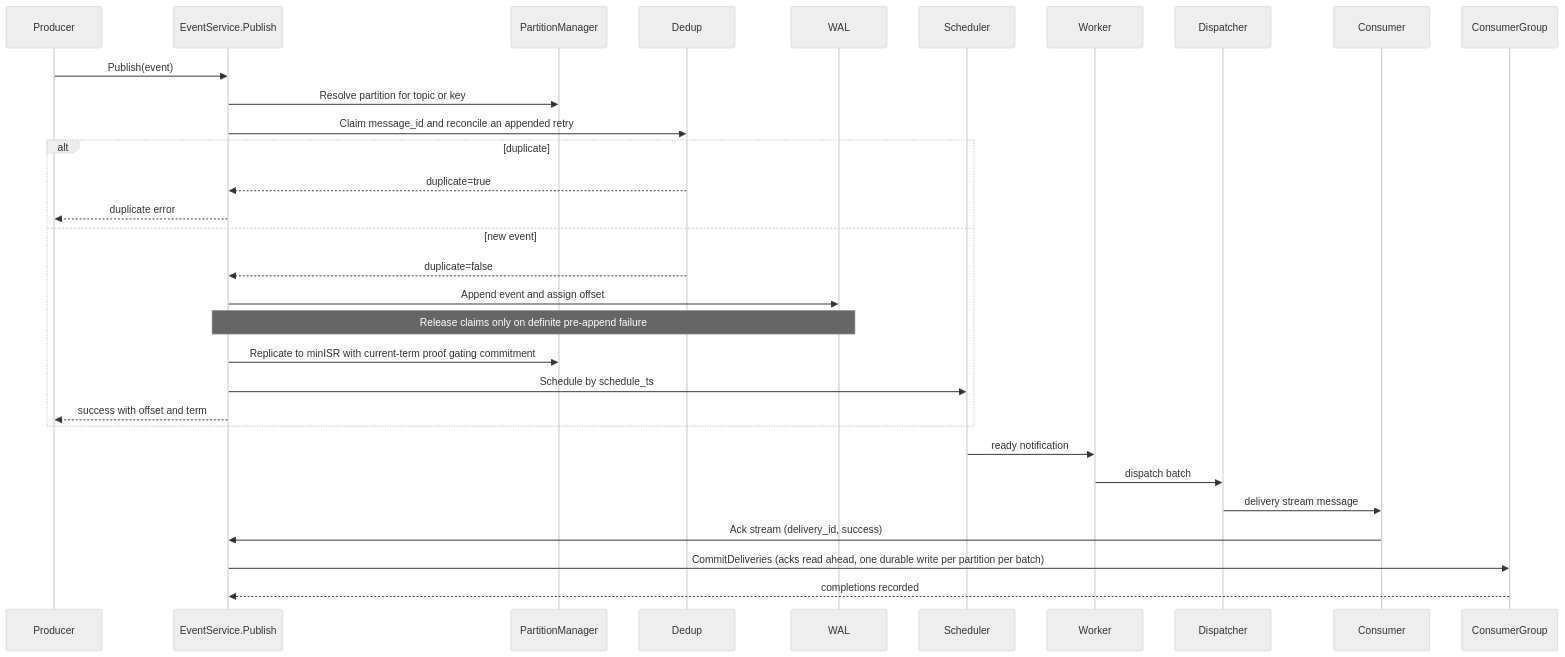
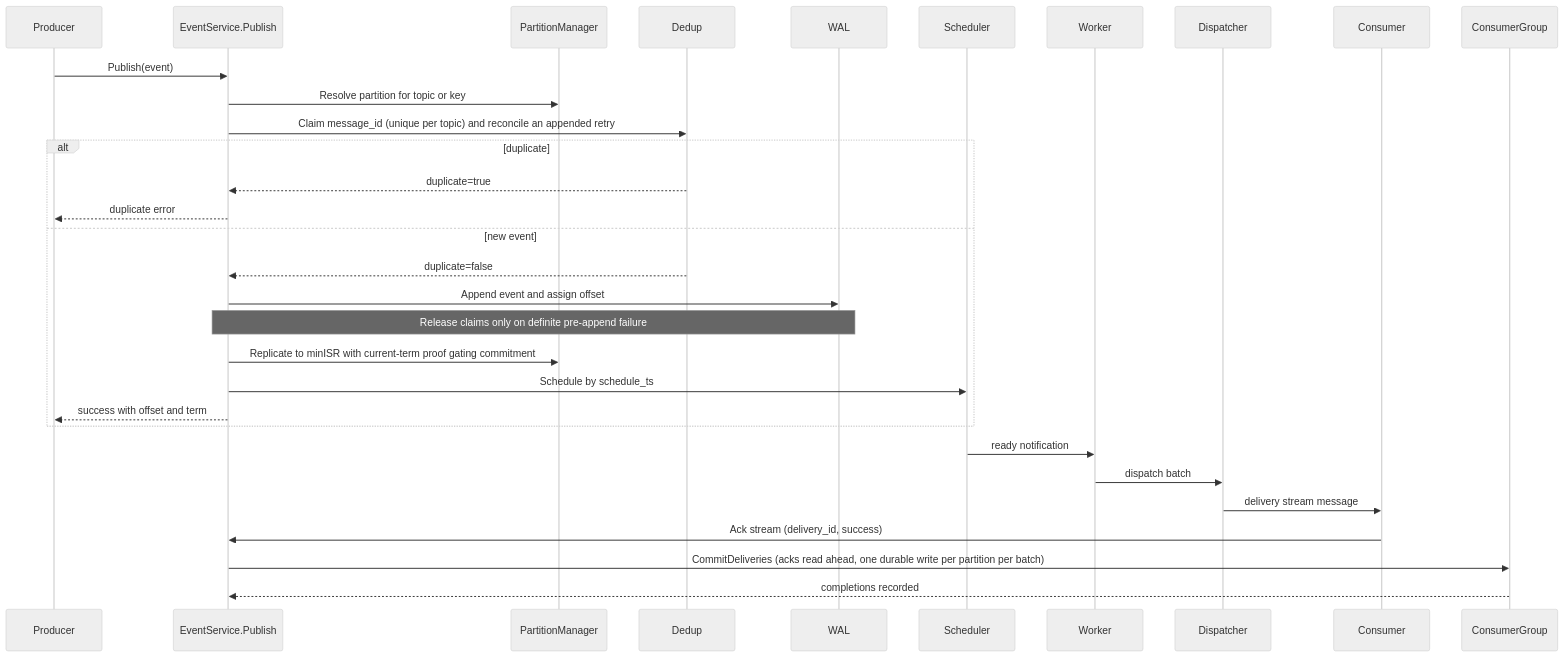
One commit to jatin711-debug/cronos_db_golang changed the second of 7 diagrams in docs/DEVELOPER_ARCHITECTURE_GUIDE.md. Above: the diagram before and after it, drawn with Mermaid (neutral theme). The commit also changed other lines of this file and 28 other files, not shown here.

First line of the commit message:
docs: bring architecture, feature, design and contributor docs up to v0.11.0

````diff
--- a/docs/DEVELOPER_ARCHITECTURE_GUIDE.md
+++ b/docs/DEVELOPER_ARCHITECTURE_GUIDE.md
@@ -154,35 +157,35 @@
 ```mermaid
 sequenceDiagram
     participant Producer
     participant API as EventService.Publish
     participant PM as PartitionManager
     participant Dedup
     participant WAL
     participant Scheduler
     participant Worker
     participant Dispatcher
     participant Consumer
     participant Group as ConsumerGroup
 
     Producer->>API: Publish(event)
     API->>PM: Resolve partition for topic or key
-    API->>Dedup: Claim message_id and reconcile an appended retry
+    API->>Dedup: Claim message_id (unique per topic) and reconcile an appended retry
     alt duplicate
       Dedup-->>API: duplicate=true
       API-->>Producer: duplicate error
     else new event
       Dedup-->>API: duplicate=false
       API->>WAL: Append event and assign offset
       Note over API,WAL: Release claims only on definite pre-append failure
       API->>PM: Replicate to minISR with current-term proof gating commitment
       API->>Scheduler: Schedule by schedule_ts
       API-->>Producer: success with offset and term
     end
 
     Scheduler->>Worker: ready notification
     Worker->>Dispatcher: dispatch batch
     Dispatcher->>Consumer: delivery stream message
     Consumer->>API: Ack stream (delivery_id, success)
     API->>Group: CommitDeliveries (acks read ahead, one durable write per partition per batch)
     Group-->>API: completions recorded
 ```
````
